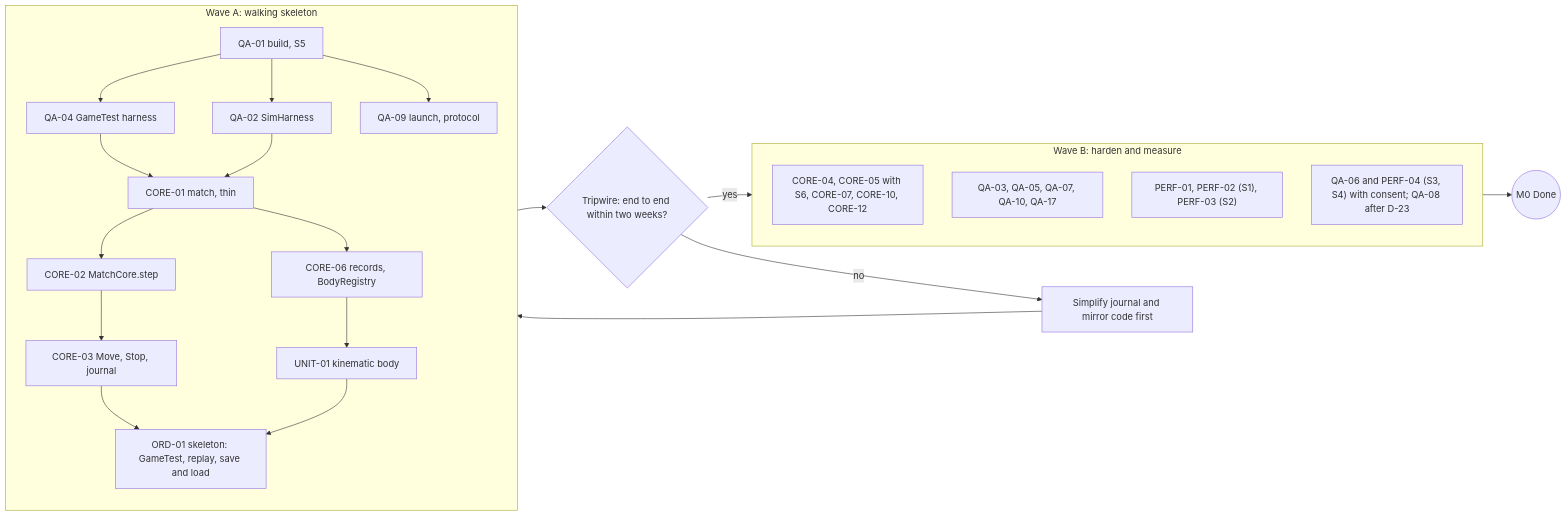
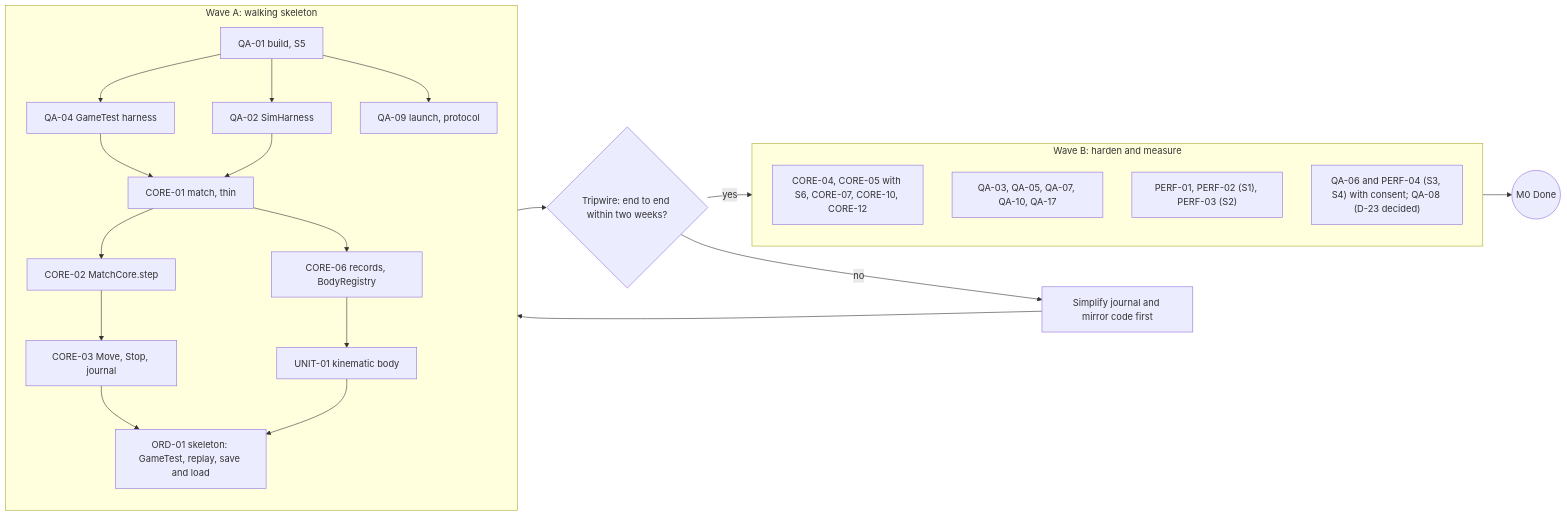
The diagram in docs/roadmap/M0-foundation.md (o-e-lytvynskyi/strategos), drawn with Mermaid before and after one commit. The commit also changed other lines of this file and 11 other files, not shown here.

````diff
--- a/docs/roadmap/M0-foundation.md
+++ b/docs/roadmap/M0-foundation.md
@@ -28,29 +28,29 @@
 ```mermaid
 flowchart LR
   subgraph WA["Wave A: walking skeleton"]
     direction TB
     Q1["QA-01 build, S5"] --> Q4["QA-04 GameTest harness"]
     Q1 --> Q2["QA-02 SimHarness"]
     Q4 --> C1["CORE-01 match, thin"]
     Q2 --> C1
     C1 --> C2["CORE-02 MatchCore.step"]
     C2 --> C3["CORE-03 Move, Stop, journal"]
     C1 --> C6["CORE-06 records, BodyRegistry"]
     C6 --> U1["UNIT-01 kinematic body"]
     C3 --> O1["ORD-01 skeleton: GameTest, replay, save and load"]
     U1 --> O1
     Q1 --> Q9["QA-09 launch, protocol"]
   end
   O1 --> T{"Tripwire: end to end within two weeks?"}
   T -- no --> S["Simplify journal and mirror code first"]
   S --> O1
   T -- yes --> WB
   subgraph WB["Wave B: harden and measure"]
     direction TB
     H1["CORE-04, CORE-05 with S6, CORE-07, CORE-10, CORE-12"]
     H2["QA-03, QA-05, QA-07, QA-10, QA-17"]
     H3["PERF-01, PERF-02 (S1), PERF-03 (S2)"]
-    H4["QA-06 and PERF-04 (S3, S4) with consent; QA-08 after D-23"]
+    H4["QA-06 and PERF-04 (S3, S4) with consent; QA-08 (D-23 decided)"]
   end
   WB --> X(("M0 Done"))
 ```
````
